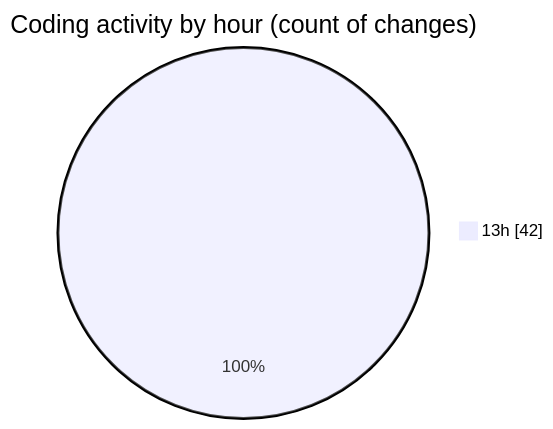
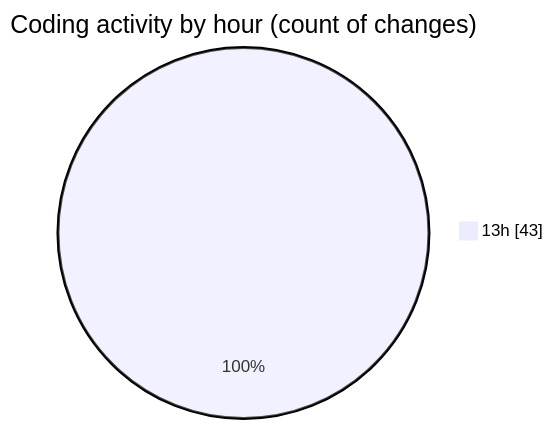
One commit to momahboobian/code-tracking changed the second of 2 diagrams in 2026-07-16/cda/README.md. Above: the diagram before and after it, drawn with Mermaid. The commit also changed other lines of this file and 1 other file, not shown here.

````diff
--- a/2026-07-16/cda/README.md
+++ b/2026-07-16/cda/README.md
@@ -61,5 +61,5 @@
 ```mermaid
 pie showData
 title Coding activity by hour (count of changes)
-"13h" : 42
+"13h" : 43
 ```
````
